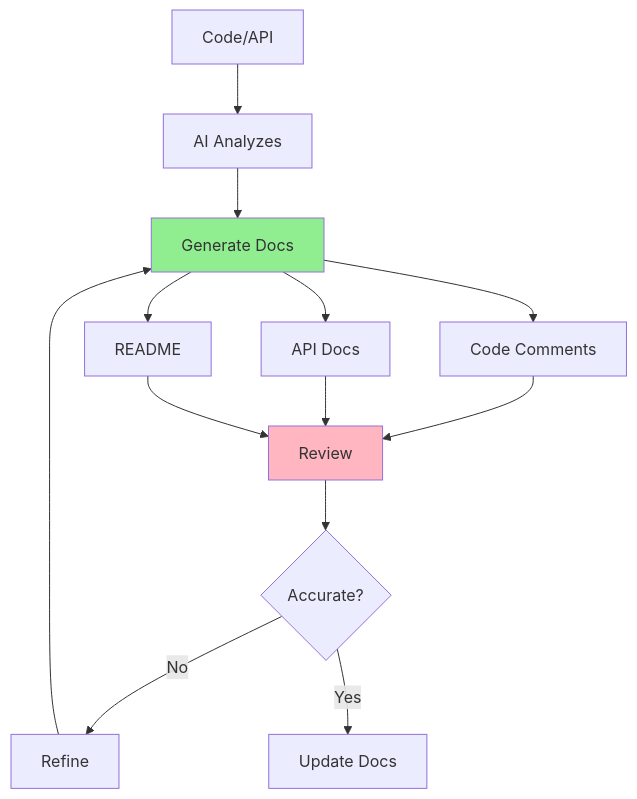
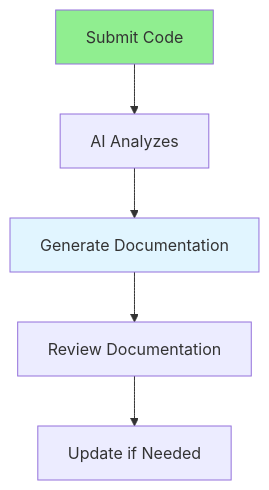
Before and after one commit to iouthnamain/tech-note: the diagram in Full-Stack-Guides/Group-05-AI-Assisted-Coding/05.10_AI_Documentation.md, drawn with Mermaid. The commit also changed other lines of this file and 480 other files, not shown here.

````diff
--- a/Full-Stack-Guides/Group-05-AI-Assisted-Coding/05.10_AI_Documentation.md
+++ b/Full-Stack-Guides/Group-05-AI-Assisted-Coding/05.10_AI_Documentation.md
@@ -22,20 +22,10 @@
 ```mermaid
 flowchart TD
-    Code[Code/API] --> Analyze[AI Analyzes]
-    Analyze --> Generate[Generate Docs]
-    Generate --> Comments[Code Comments]
-    Generate --> API[API Docs]
-    Generate --> README[README]
+    Code[Submit Code] --> Analyze[AI Analyzes]
+    Analyze --> Generate[Generate Documentation]
+    Generate --> Review[Review Documentation]
+    Review --> Update[Update if Needed]
     
-    Comments --> Review[Review]
-    API --> Review
-    README --> Review
-    
-    Review --> Accurate{Accurate?}
-    Accurate -->|No| Refine[Refine]
-    Accurate -->|Yes| Update[Update Docs]
-    Refine --> Generate
-    
-    style Generate fill:#90EE90
-    style Review fill:#FFB6C1
+    style Code fill:#90EE90
+    style Generate fill:#e1f5ff
 ```
````
